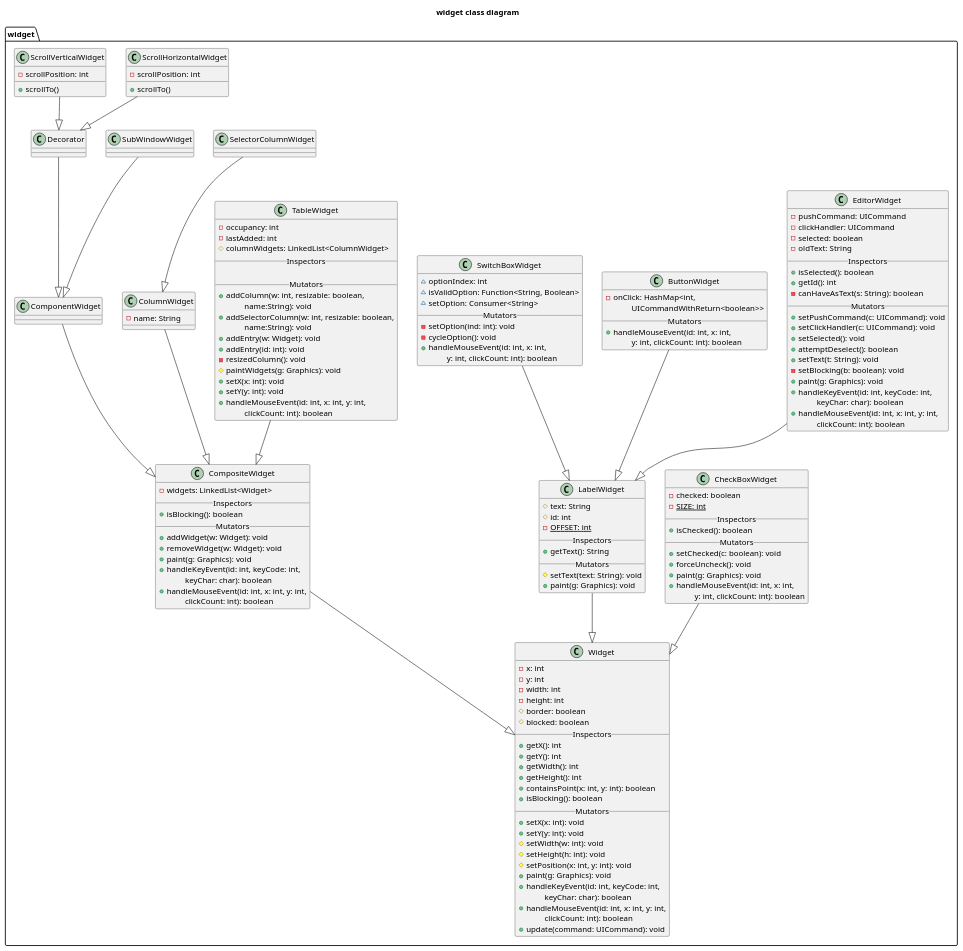
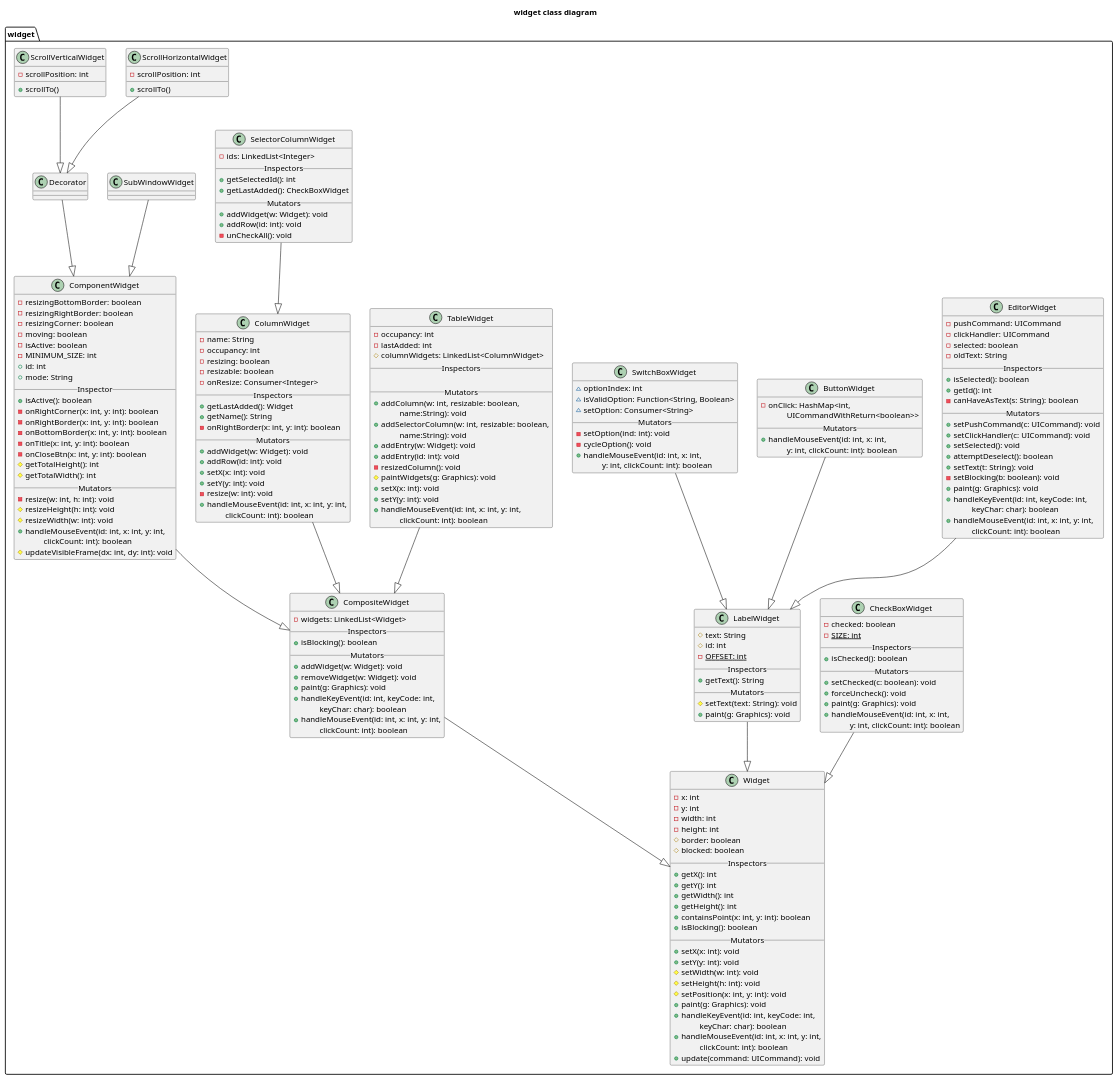
Before and after one commit to Bhamoss/softwareOntwerpProject: the diagram in diagrams/classDiagrams/widget.puml, drawn with PlantUML. The commit also changed 2 other files, not shown here.

```diff
--- a/diagrams/classDiagrams/widget.puml
+++ b/diagrams/classDiagrams/widget.puml
@@ -144,17 +144,64 @@
 
         class ColumnWidget{
             -name: String
+            -occupancy: int
+            -resizing: boolean
+            -resizable: boolean
+            -onResize: Consumer<Integer>
+            __Inspectors__
+            +getLastAdded(): Widget
+            +getName(): String
+            -onRightBorder(x: int, y: int): boolean
+            __Mutators__
+            +addWidget(w: Widget): void
+            +addRow(id: int): void
+            +setX(x: int): void
+            +setY(y: int): void
+            -resize(w: int): void
+            +handleMouseEvent(id: int, x: int, y: int,
+                \t clickCount: int): boolean
         }
 
         ColumnWidget --|> CompositeWidget
 
         class SelectorColumnWidget {
-
+            -ids: LinkedList<Integer>
+            __Inspectors__
+            +getSelectedId(): int
+            +getLastAdded(): CheckBoxWidget
+            __Mutators__
+            +addWidget(w: Widget): void
+            +addRow(id: int): void
+            -unCheckAll(): void
         }
 
         SelectorColumnWidget --|> ColumnWidget
 
         class ComponentWidget{
+            -resizingBottomBorder: boolean
+            -resizingRightBorder: boolean
+            -resizingCorner: boolean
+            -moving: boolean
+            -isActive: boolean
+            -MINIMUM_SIZE: int
+            +id: int
+            +mode: String
+            __Inspector__
+            +isActive(): boolean
+            -onRightCorner(x: int, y: int): boolean
+            -onRightBorder(x: int, y: int): boolean
+            -onBottomBorder(x: int, y: int): boolean
+            -onTitle(x: int, y: int): boolean
+            -onCloseBtn(x: int, y: int): boolean
+            #getTotalHeight(): int
+            #getTotalWidth(): int
+            __Mutators__
+            -resize(w: int, h: int): void
+            #resizeHeight(h: int): void
+            #resizeWidth(w: int): void
+            +handleMouseEvent(id: int, x: int, y: int,
+                            \t clickCount: int): boolean
+            #updateVisibleFrame(dx: int, dy: int): void
         }
 
         ComponentWidget --|> CompositeWidget
```
